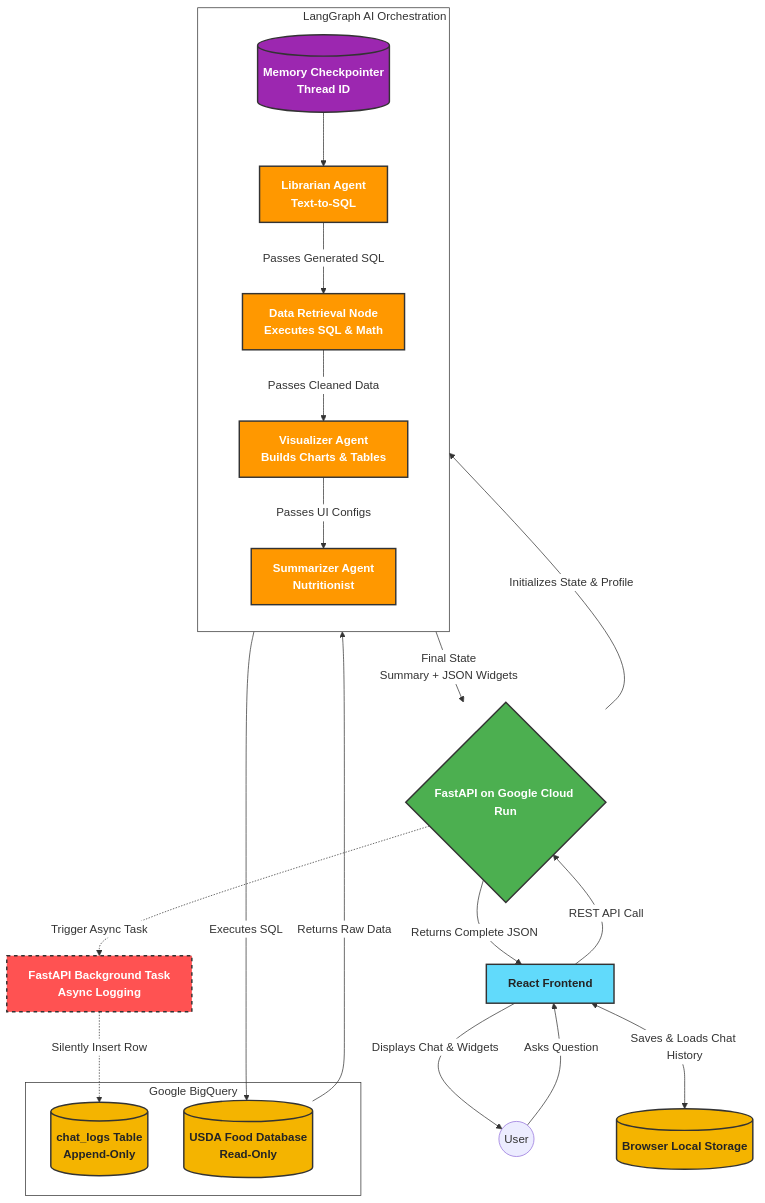
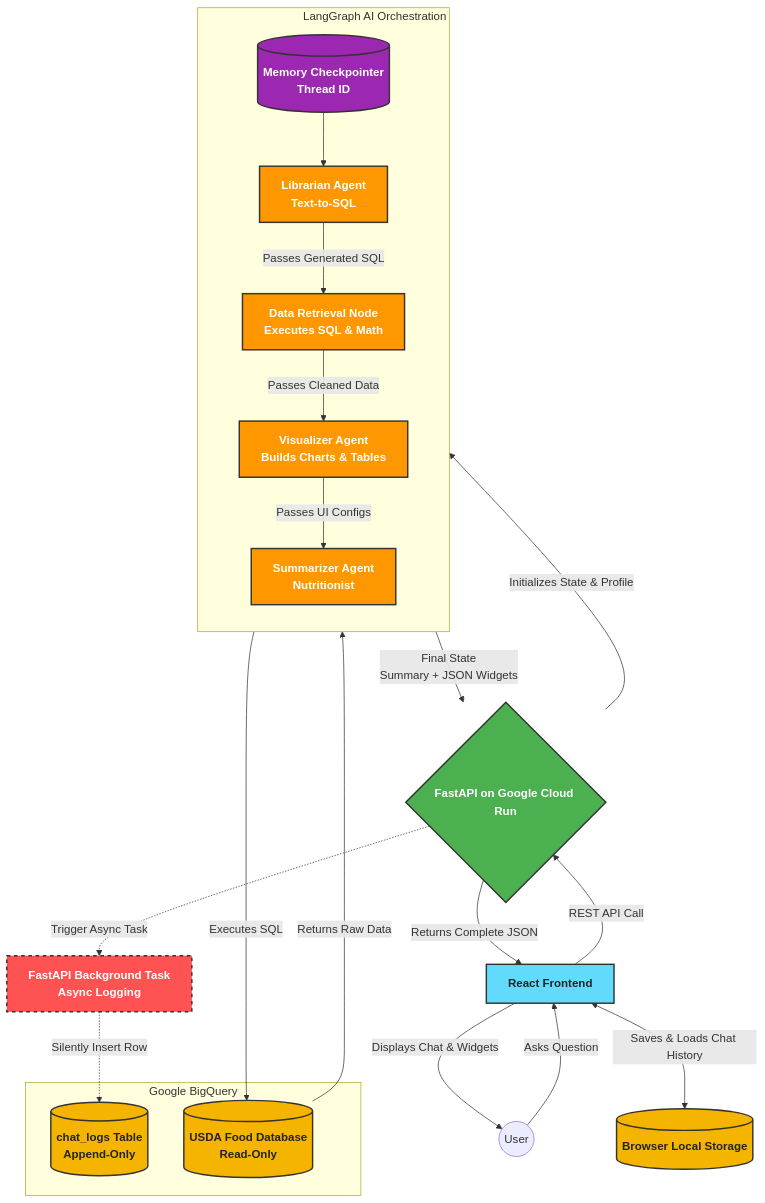
One commit to AlexandraData/Nutrition_AI changed the diagram in README.md. Above: the diagram before and after it, drawn with Mermaid. The commit also changed other lines of this file, not shown here.

````diff
--- a/README.md
+++ b/README.md
@@ -26,51 +29,51 @@
 ```mermaid
-%%{init: {'themeVariables': { 'edgeLabelBackground':'#ffffff', 'clusterBkg':'#ffffff', 'clusterBorder':'#333333'}}}%%
+%%{init: {'themeVariables': { ... }}}%%
 graph TD
     classDef frontend fill:#61dafb,stroke:#333,stroke-width:2px,color:#242424,font-weight:bold;
     classDef backend fill:#4caf50,stroke:#333,stroke-width:2px,color:#ffffff,font-weight:bold;
     classDef agent fill:#ff9800,stroke:#333,stroke-width:2px,color:#ffffff,font-weight:bold;
     classDef db fill:#f4b400,stroke:#333,stroke-width:2px,color:#242424,font-weight:bold;
     classDef memory fill:#9c27b0,stroke:#333,stroke-width:2px,color:#ffffff,font-weight:bold;
     classDef asyncTask fill:#ff5252,stroke:#333,stroke-width:2px,stroke-dasharray: 5 5,color:#ffffff,font-weight:bold;
 
     User((User))
     React[React Frontend]:::frontend
     LocalStorage[(Browser Local Storage)]:::db
     CloudRun{FastAPI on Google Cloud Run}:::backend
     BgTask[FastAPI Background Task<br/>Async Logging]:::asyncTask
 
     subgraph Orchestration ["&nbsp;&nbsp;&nbsp;&nbsp;&nbsp;&nbsp;&nbsp;&nbsp;&nbsp;&nbsp;&nbsp;&nbsp;&nbsp;&nbsp;&nbsp;&nbsp;&nbsp;&nbsp;&nbsp;&nbsp;&nbsp;&nbsp;&nbsp;&nbsp;&nbsp;&nbsp;&nbsp;&nbsp;&nbsp;&nbsp;&nbsp;&nbsp;LangGraph AI Orchestration"]
         direction TB
         Memory[(Memory Checkpointer<br/>Thread ID)]:::memory
         Librarian[Librarian Agent<br/>Text-to-SQL]:::agent
         DataRetrieval[Data Retrieval Node<br/>Executes SQL & Math]:::agent
         Visualizer[Visualizer Agent<br/>Builds Charts & Tables]:::agent
         Summarizer[Summarizer Agent<br/>Nutritionist]:::agent
         
         Memory --> Librarian
         Librarian -->|Passes Generated SQL| DataRetrieval
         DataRetrieval -->|Passes Cleaned Data| Visualizer
         Visualizer -->|Passes UI Configs| Summarizer
     end
 
     subgraph BigQuery ["Google BigQuery"]
         ChatLogs[(chat_logs Table<br/>Append-Only)]:::db
         USDA[(USDA Food Database<br/>Read-Only)]:::db
     end
 
     User -->|Asks Question| React
     React <-->|Saves & Loads Chat History| LocalStorage
     React -->|REST API Call| CloudRun
     
     CloudRun -->|Initializes State & Profile| Memory
     
     DataRetrieval -->|Executes SQL| USDA
     USDA -->|Returns Raw Data| DataRetrieval
     
     Summarizer -->|Final State <br/> Summary + JSON Widgets| CloudRun
     CloudRun -->|Returns Complete JSON| React
     React -->|Displays Chat & Widgets| User
 
     CloudRun -.->|Trigger Async Task| BgTask
     BgTask -.->|Silently Insert Row| ChatLogs
 ```
````
